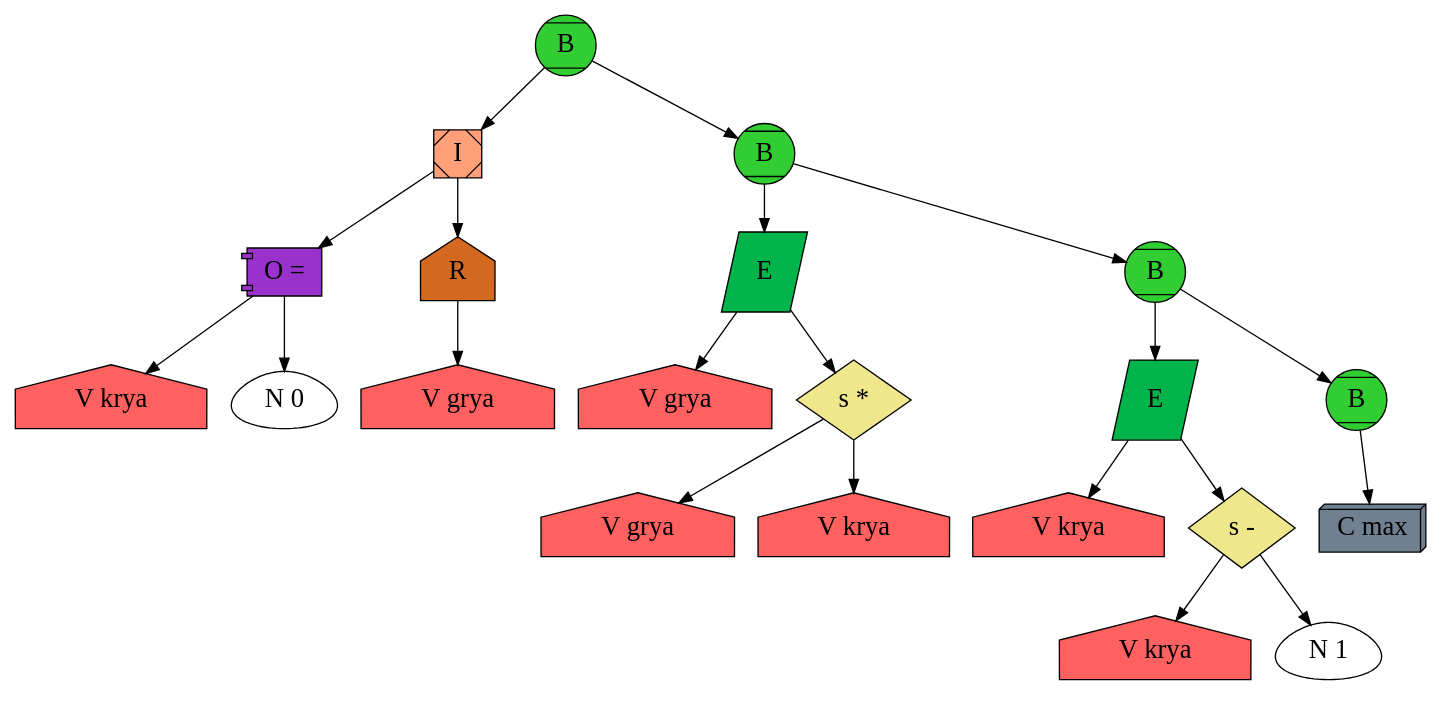
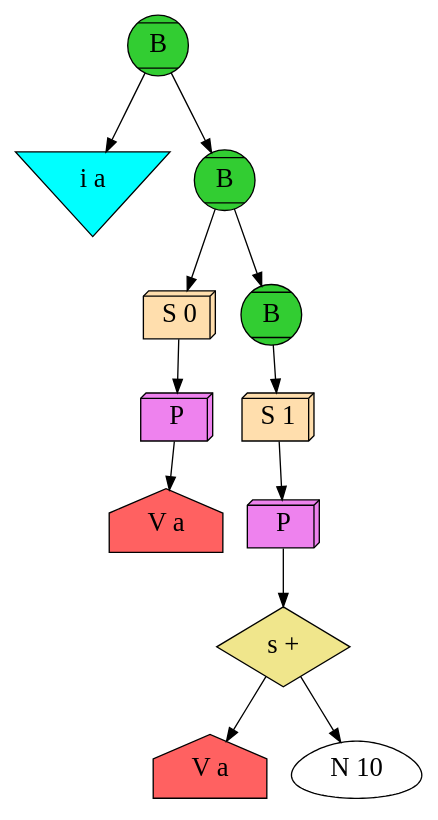
The diagram in binary_trans/backend/dott.dot (Arv1k/2_sem), drawn with Graphviz before and after one commit. The commit also changed 15 other files, not shown here.

```diff
--- a/binary_trans/backend/dott.dot
+++ b/binary_trans/backend/dott.dot
@@ -1,45 +1,27 @@
 digraph {
 	node[color = "#000000", fontsize = 20];
 	edge[color = "#000000", fontsize = 20];
-		hey9[label = "B", shape = "Mcircle", color="#000000", style="filled", fillcolor = "#32CD32"];
+		hey0[label = "B", shape = "Mcircle", color="#000000", style="filled", fillcolor = "#32CD32"];
+		hey0->hey1;
+		hey1[label = "i a", shape = "invtriangle", color="#000000", style="filled", fillcolor = "#00FFFF"];
+		hey0->hey2;
+		hey2[label = "B", shape = "Mcircle", color="#000000", style="filled", fillcolor = "#32CD32"];
+		hey2->hey3;
+		hey3[label = "S 0", shape = "box3d", color="#000000", style="filled", fillcolor = "#FFDEAD"];
+		hey3->hey4;
+		hey4[label = "P", shape = "box3d", color="#000000", style="filled", fillcolor = "#EE82EE"];
+		hey4->hey5;
+		hey5[label = "V a", shape = "house", color="#000000", style="filled", fillcolor = "#ff6161"];
+		hey2->hey6;
+		hey6[label = "B", shape = "Mcircle", color="#000000", style="filled", fillcolor = "#32CD32"];
+		hey6->hey7;
+		hey7[label = "S 1", shape = "box3d", color="#000000", style="filled", fillcolor = "#FFDEAD"];
+		hey7->hey8;
+		hey8[label = "P", shape = "box3d", color="#000000", style="filled", fillcolor = "#EE82EE"];
+		hey8->hey9;
+		hey9[label = "s +", shape = "diamond", color="#000000", style="filled", fillcolor = "#F0E68C"];
 		hey9->hey10;
-		hey10[label = "I", shape = "Msquare", color="#000000", style="filled", fillcolor = "#FFA07A"];
-		hey10->hey11;
-		hey11[label = "O =", shape = "component", color="#000000", style="filled", fillcolor = "#9932CC"];
-		hey11->hey12;
-		hey12[label = "V krya", shape = "house", color="#000000", style="filled", fillcolor = "#ff6161"];
-		hey11->hey13;
-		hey13[label = "N 0", shape = "egg", color="#000000", style="filled", fillcolor = "#FFFFFF"];
-		hey10->hey14;
-		hey14[label = "R", shape = "house", color="#000000", style="filled", fillcolor = "#D2691E"];
-		hey14->hey15;
-		hey15[label = "V grya", shape = "house", color="#000000", style="filled", fillcolor = "#ff6161"];
-		hey9->hey16;
-		hey16[label = "B", shape = "Mcircle", color="#000000", style="filled", fillcolor = "#32CD32"];
-		hey16->hey17;
-		hey17[label = "E", shape = "parallelogram", color="#000000", style="filled", fillcolor = "#00b34a"];
-		hey17->hey18;
-		hey18[label = "V grya", shape = "house", color="#000000", style="filled", fillcolor = "#ff6161"];
-		hey17->hey19;
-		hey19[label = "s *", shape = "diamond", color="#000000", style="filled", fillcolor = "#F0E68C"];
-		hey19->hey20;
-		hey20[label = "V grya", shape = "house", color="#000000", style="filled", fillcolor = "#ff6161"];
-		hey19->hey21;
-		hey21[label = "V krya", shape = "house", color="#000000", style="filled", fillcolor = "#ff6161"];
-		hey16->hey22;
-		hey22[label = "B", shape = "Mcircle", color="#000000", style="filled", fillcolor = "#32CD32"];
-		hey22->hey23;
-		hey23[label = "E", shape = "parallelogram", color="#000000", style="filled", fillcolor = "#00b34a"];
-		hey23->hey24;
-		hey24[label = "V krya", shape = "house", color="#000000", style="filled", fillcolor = "#ff6161"];
-		hey23->hey25;
-		hey25[label = "s -", shape = "diamond", color="#000000", style="filled", fillcolor = "#F0E68C"];
-		hey25->hey26;
-		hey26[label = "V krya", shape = "house", color="#000000", style="filled", fillcolor = "#ff6161"];
-		hey25->hey27;
-		hey27[label = "N 1", shape = "egg", color="#000000", style="filled", fillcolor = "#FFFFFF"];
-		hey22->hey28;
-		hey28[label = "B", shape = "Mcircle", color="#000000", style="filled", fillcolor = "#32CD32"];
-		hey28->hey29;
-		hey29[label = "C max", shape = "box3d", color="#000000", style="filled", fillcolor = "#708090"];
+		hey10[label = "V a", shape = "house", color="#000000", style="filled", fillcolor = "#ff6161"];
+		hey9->hey11;
+		hey11[label = "N 10", shape = "egg", color="#000000", style="filled", fillcolor = "#FFFFFF"];
 }
```
